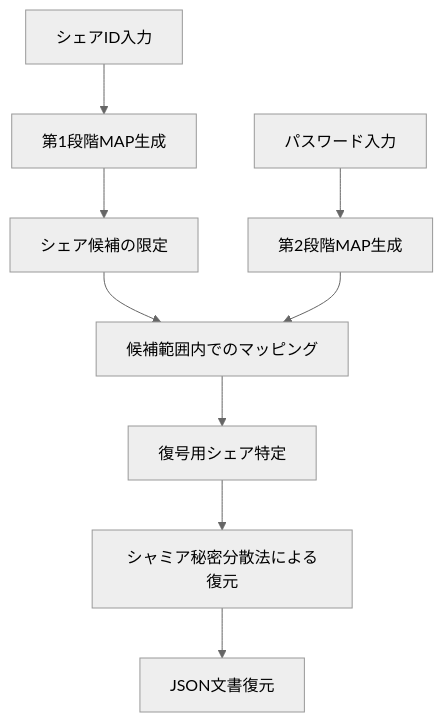
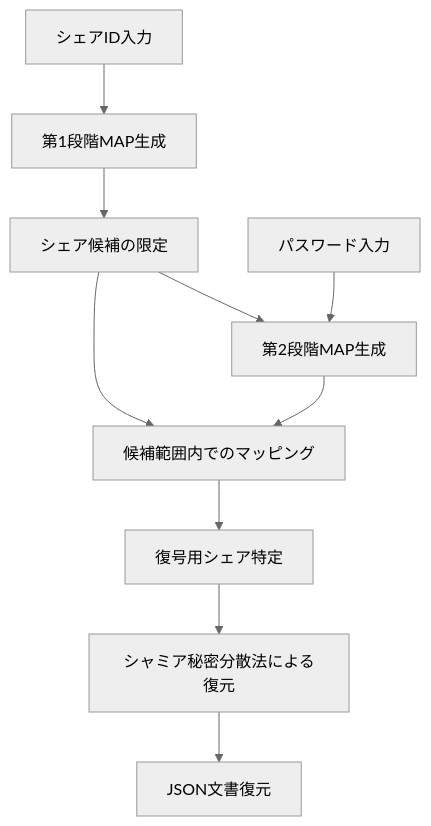
Before and after one commit to pacific-system/secret-sharing-demos-20250510: the second of 3 diagrams in docs/method_11_rabbit_homomorphic_docs/shamir_multiple_plaintext_design_20240520.md, drawn with Mermaid (neutral theme). The commit also changed other lines of this file, not shown here.

````diff
--- a/docs/method_11_rabbit_homomorphic_docs/shamir_multiple_plaintext_design_20240520.md
+++ b/docs/method_11_rabbit_homomorphic_docs/shamir_multiple_plaintext_design_20240520.md
@@ -58,11 +58,12 @@
 ```mermaid
 graph TD
     A[シェアID入力] --> B[第1段階MAP生成]
     B --> E[シェア候補の限定]
+    C[パスワード入力] --> D[第2段階MAP生成]
+    E --> D
     E --> F[候補範囲内でのマッピング]
-    C[パスワード入力] --> D[第2段階MAP生成]
     D --> F
     F --> G[復号用シェア特定]
     G --> H[シャミア秘密分散法による復元]
     H --> I[JSON文書復元]
 ```
````
